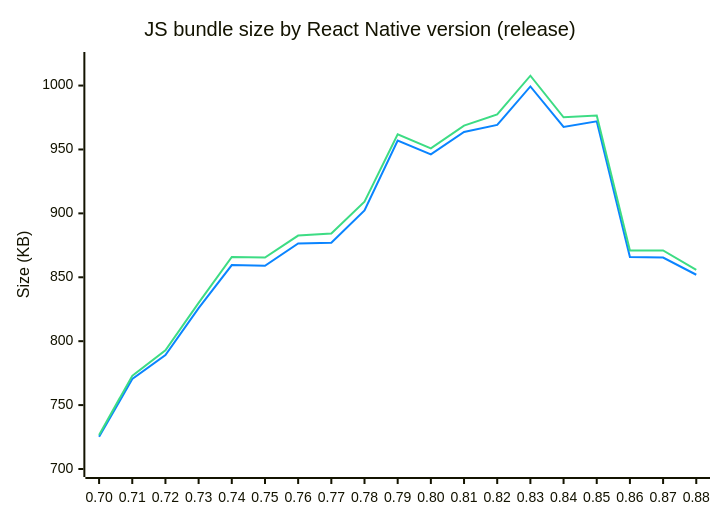
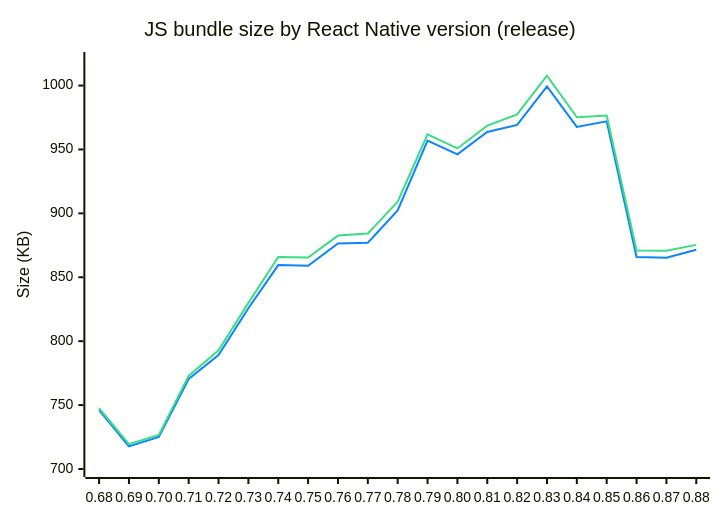
One commit to retyui/react-native-bundle-diff changed the diagram in README.md. Above: the diagram before and after it, drawn with Mermaid. The commit also changed other lines of this file and 27 other files, not shown here.

````diff
--- a/README.md
+++ b/README.md
@@ -5,9 +5,9 @@
 ```mermaid
 %%{init: {"themeVariables": {"xyChart": {"plotColorPalette": "#0a84ff, #3ddc84"}}}}%%
 xychart-beta
     title "JS bundle size by React Native version (release)"
-    x-axis ["0.70", "0.71", "0.72", "0.73", "0.74", "0.75", "0.76", "0.77", "0.78", "0.79", "0.80", "0.81", "0.82", "0.83", "0.84", "0.85", "0.86", "0.87", "0.88"]
+    x-axis ["0.68", "0.69", "0.70", "0.71", "0.72", "0.73", "0.74", "0.75", "0.76", "0.77", "0.78", "0.79", "0.80", "0.81", "0.82", "0.83", "0.84", "0.85", "0.86", "0.87", "0.88"]
     y-axis "Size (KB)" 700 --> 1020
-    line [725.14, 770.41, 789.21, 825.8, 859.52, 858.96, 876.44, 876.98, 902.28, 956.98, 946.13, 963.65, 969.18, 999.31, 967.66, 972.03, 865.85, 865.46, 851.98]
-    line [726.66, 772.92, 792.91, 830, 865.91, 865.42, 882.63, 884.22, 909.13, 961.87, 950.82, 968.64, 977.38, 1007.7, 975.14, 976.58, 871.02, 870.98, 855.87]
+    line [746.14, 717.64, 725.14, 770.41, 789.21, 825.8, 859.52, 858.97, 876.44, 876.98, 902.28, 956.98, 946.13, 963.67, 969.2, 999.33, 967.67, 972.04, 865.86, 865.32, 871.52]
+    line [747.52, 719.48, 726.66, 772.92, 792.91, 830, 865.91, 865.43, 882.63, 884.22, 909.13, 961.87, 950.82, 968.66, 977.4, 1007.72, 975.15, 976.59, 871.03, 870.83, 875.36]
 ```
````
